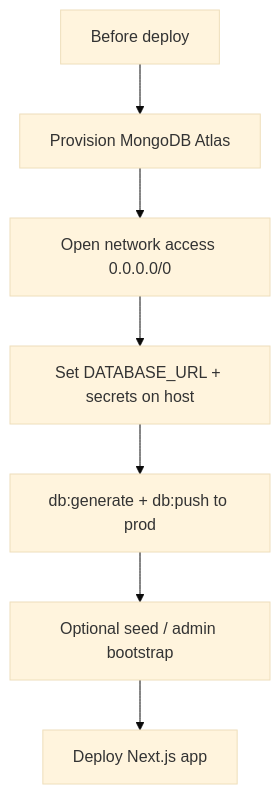
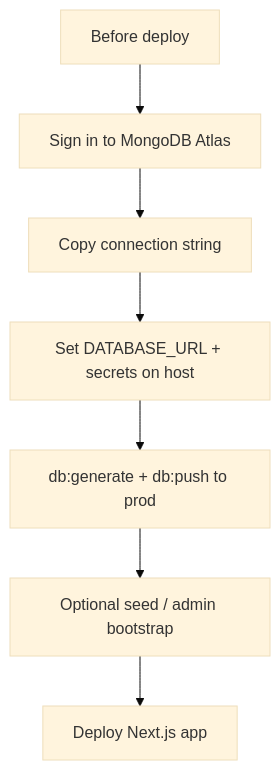
One commit to psmpasupathi009/mlf changed the second of 2 diagrams in docs/prisma-database.md. Above: the diagram before and after it, drawn with Mermaid (base theme). The commit also changed other lines of this file and 9 other files, not shown here.

````diff
--- a/docs/prisma-database.md
+++ b/docs/prisma-database.md
@@ -154,9 +155,9 @@
 ```mermaid
 flowchart TD
-  before["Before deploy"] --> provision["Provision MongoDB Atlas"]
-  provision --> network["Open network access 0.0.0.0/0"]
-  network --> envHost["Set DATABASE_URL + secrets on host"]
+  before["Before deploy"] --> provision["Sign in to MongoDB Atlas"]
+  provision --> connect["Copy connection string"]
+  connect --> envHost["Set DATABASE_URL + secrets on host"]
   envHost --> pushSchema["db:generate + db:push to prod"]
   pushSchema --> optionalSeed["Optional seed / admin bootstrap"]
   optionalSeed --> deployApp["Deploy Next.js app"]
 ```
````
